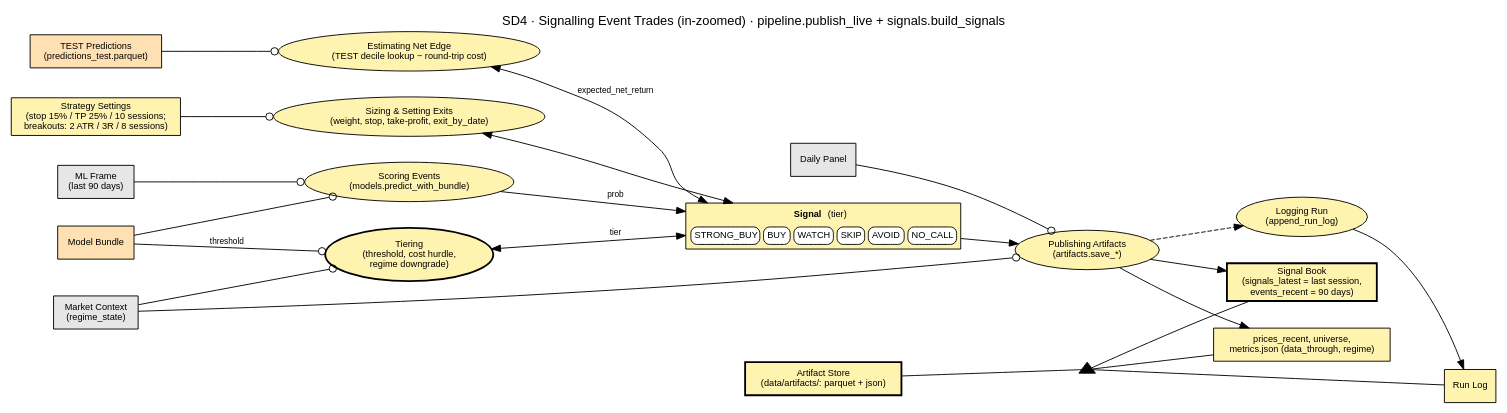
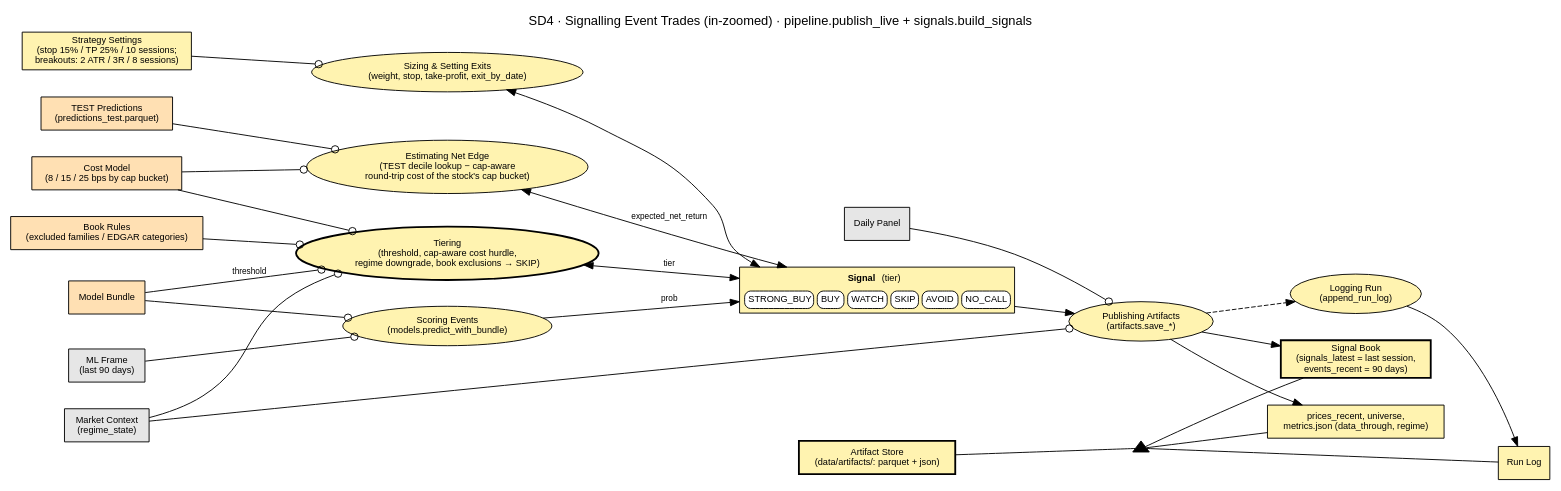
Before and after one commit to witold-andelie/stock_analysis_wentao: the diagram in project/docs/architecture/opm/SD4_signalling.dot, drawn with Graphviz. The commit also changed 85 other files, not shown here.

```diff
--- a/project/docs/architecture/opm/SD4_signalling.dot
+++ b/project/docs/architecture/opm/SD4_signalling.dot
@@ -1,43 +1,46 @@
 // SD4 · Signalling Event Trades in-zoomed: newest events -> tiers, sizes, stops -> artifacts.
 digraph SD4 {
   graph [rankdir=LR, fontname="Helvetica", fontsize=14, labelloc=t, nodesep=0.4, ranksep=0.8,
          label="SD4 · Signalling Event Trades (in-zoomed) · pipeline.publish_live + signals.build_signals"];
   node  [fontname="Helvetica", fontsize=10, style=filled, fillcolor="#fff3b0"];
   edge  [fontname="Helvetica", fontsize=9];
 
   ml      [shape=box, fillcolor="#e6e6e6", label="ML Frame\n(last 90 days)"];
   bundle  [shape=box, fillcolor="#ffe0b3", label="Model Bundle"];
   preds   [shape=box, fillcolor="#ffe0b3", label="TEST Predictions\n(predictions_test.parquet)"];
   ctx     [shape=box, fillcolor="#e6e6e6", label="Market Context\n(regime_state)"];
   panel   [shape=box, fillcolor="#e6e6e6", label="Daily Panel"];
+  costs   [shape=box, fillcolor="#ffe0b3", label="Cost Model\n(8 / 15 / 25 bps by cap bucket)"];
+  bookr   [shape=box, fillcolor="#ffe0b3", label="Book Rules\n(excluded families / EDGAR categories)"];
   strat   [shape=box, label="Strategy Settings\n(stop 15% / TP 25% / 10 sessions;\nbreakouts: 2 ATR / 3R / 8 sessions)"];
 
   p_score [shape=ellipse, label="Scoring Events\n(models.predict_with_bundle)"];
-  p_exp   [shape=ellipse, label="Estimating Net Edge\n(TEST decile lookup − round-trip cost)"];
-  p_tier  [shape=ellipse, penwidth=2, label="Tiering\n(threshold, cost hurdle,\nregime downgrade)"];
+  p_exp   [shape=ellipse, label="Estimating Net Edge\n(TEST decile lookup − cap-aware\nround-trip cost of the stock's cap bucket)"];
+  p_tier  [shape=ellipse, penwidth=2, label="Tiering\n(threshold, cap-aware cost hurdle,\nregime downgrade, book exclusions → SKIP)"];
   p_size  [shape=ellipse, label="Sizing & Setting Exits\n(weight, stop, take-profit, exit_by_date)"];
   p_pub   [shape=ellipse, label="Publishing Artifacts\n(artifacts.save_*)"];
   p_log   [shape=ellipse, label="Logging Run\n(append_run_log)"];
 
   signal [shape=plain, style="", label=<
     <TABLE BORDER="1" CELLBORDER="1" CELLSPACING="4" CELLPADDING="3" BGCOLOR="#fff3b0">
       <TR><TD BORDER="0" COLSPAN="6"><B>Signal</B> (tier)</TD></TR>
       <TR><TD STYLE="rounded" BGCOLOR="white">STRONG_BUY</TD><TD STYLE="rounded" BGCOLOR="white">BUY</TD><TD STYLE="rounded" BGCOLOR="white">WATCH</TD>
           <TD STYLE="rounded" BGCOLOR="white">SKIP</TD><TD STYLE="rounded" BGCOLOR="white">AVOID</TD><TD STYLE="rounded" BGCOLOR="white">NO_CALL</TD></TR>
     </TABLE>>];
   book   [shape=box, style="filled,bold", penwidth=2, label="Signal Book\n(signals_latest = last session,\nevents_recent = 90 days)"];
   agg [shape=triangle, style=filled, fillcolor=black, label="", width=0.25, height=0.22];
   arts   [shape=box, style="filled,bold", label="Artifact Store\n(data/artifacts/: parquet + json)"];
   others [shape=box, label="prices_recent, universe,\nmetrics.json (data_through, regime)"];
   runlog [shape=box, label="Run Log"];
 
   ml -> p_score [arrowhead=odot]; bundle -> p_score [arrowhead=odot]; p_score -> signal [label="prob"];
+  costs -> p_exp [arrowhead=odot]; costs -> p_tier [arrowhead=odot]; bookr -> p_tier [arrowhead=odot];
   preds -> p_exp [arrowhead=odot]; p_exp -> signal [dir=both, label="expected_net_return"];
   ctx -> p_tier [arrowhead=odot]; bundle -> p_tier [arrowhead=odot, label="threshold"];
   p_tier -> signal [dir=both, label="tier"];
   strat -> p_size [arrowhead=odot]; p_size -> signal [dir=both];
   signal -> p_pub; panel -> p_pub [arrowhead=odot]; ctx -> p_pub [arrowhead=odot];
   p_pub -> book; p_pub -> others;
   arts -> agg [arrowhead=none]; agg -> book [arrowhead=none]; agg -> others [arrowhead=none]; agg -> runlog [arrowhead=none];
   p_pub -> p_log [style=dashed]; p_log -> runlog;
 }
```
